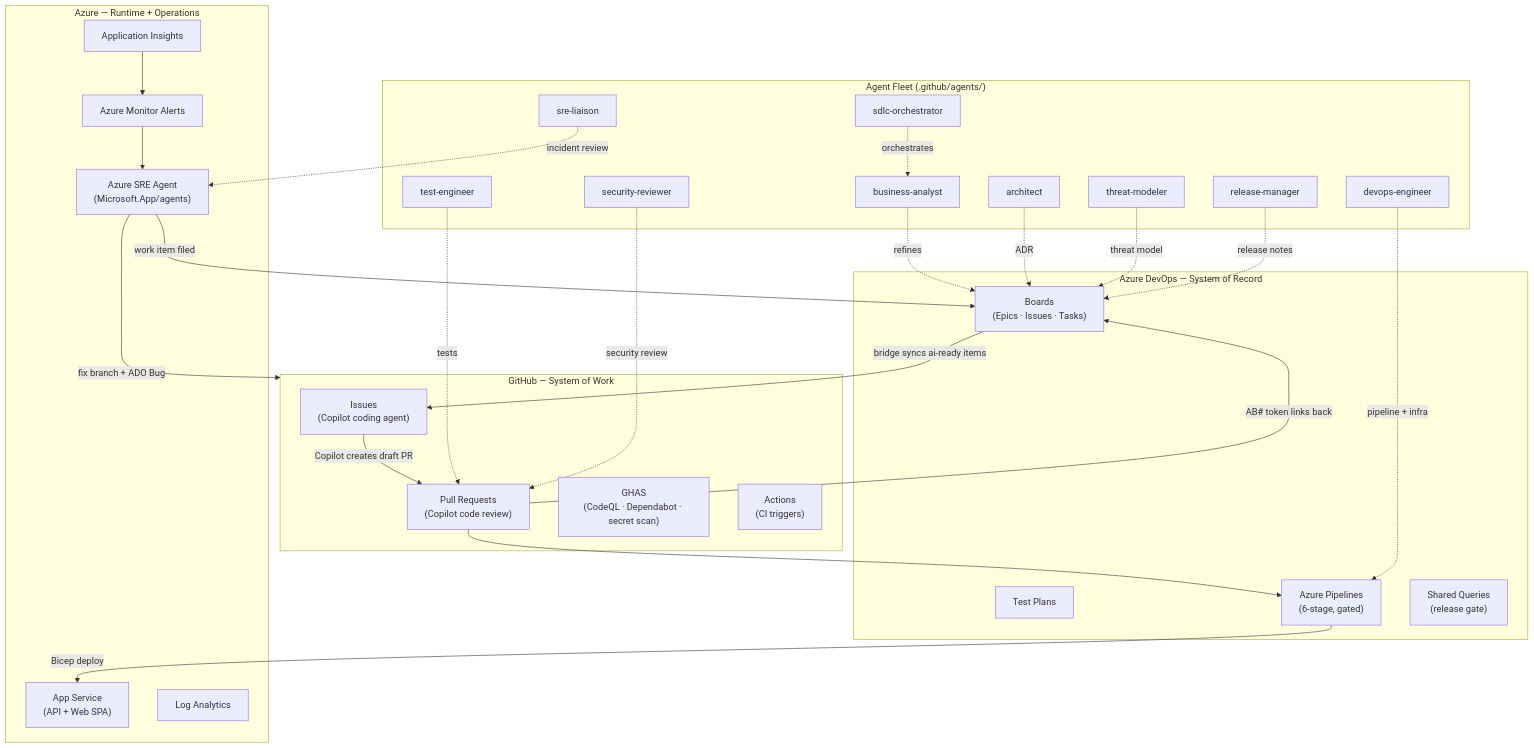
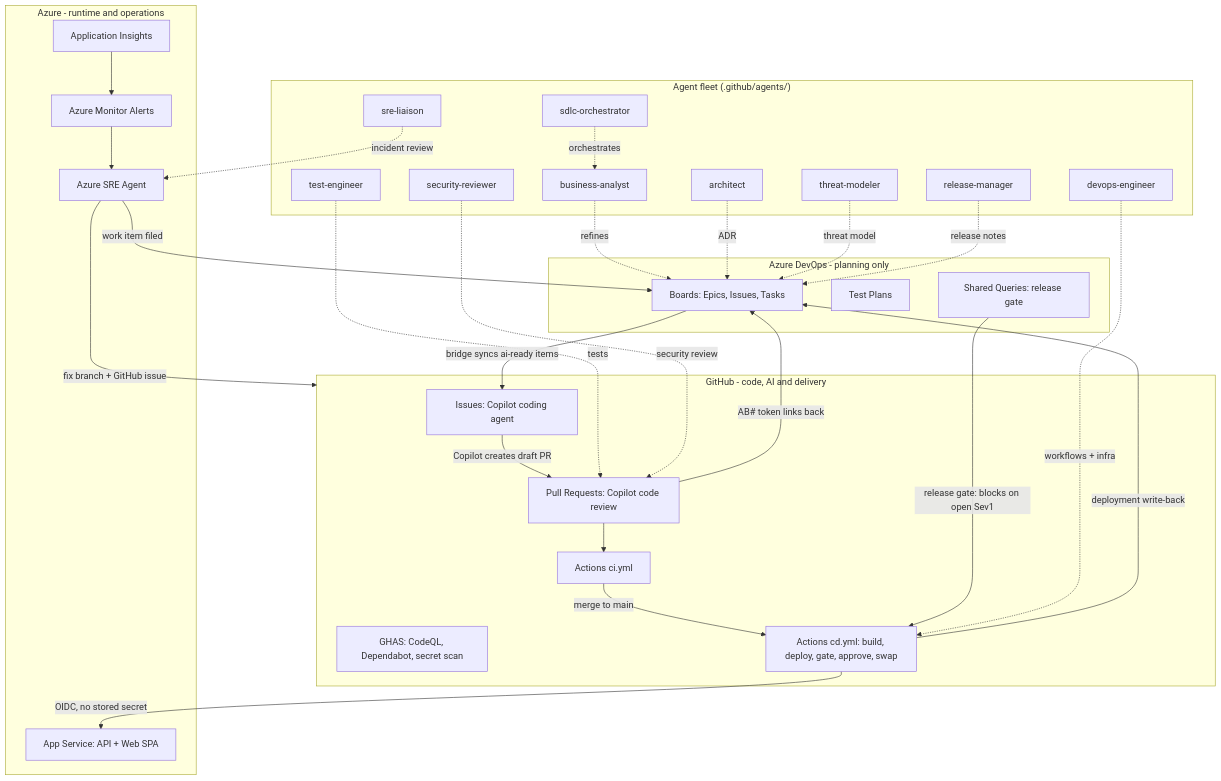
The diagram in README.md (melrasheed/contoso-claims-agentic-sdlc), drawn with Mermaid before and after one commit. The commit also changed other lines of this file and 50 other files, not shown here.

First line of the commit message:
Move all CI/CD to GitHub Actions; Azure DevOps becomes planning-only

````diff
--- a/README.md
+++ b/README.md
@@ -11,56 +13,58 @@
 ```mermaid
 flowchart TB
-    subgraph ADO ["Azure DevOps — System of Record"]
-        Boards["Boards\n(Epics · Issues · Tasks)"]
+    subgraph ADO ["Azure DevOps - planning only"]
+        Boards["Boards: Epics, Issues, Tasks"]
         TestPlans["Test Plans"]
-        Pipelines["Azure Pipelines\n(6-stage, gated)"]
-        Queries["Shared Queries\n(release gate)"]
+        Queries["Shared Queries: release gate"]
     end
 
-    subgraph GH ["GitHub — System of Work"]
-        Issues["Issues\n(Copilot coding agent)"]
-        PRs["Pull Requests\n(Copilot code review)"]
-        GHAS["GHAS\n(CodeQL · Dependabot · secret scan)"]
-        Actions["Actions\n(CI triggers)"]
+    subgraph GH ["GitHub - code, AI and delivery"]
+        Issues["Issues: Copilot coding agent"]
+        PRs["Pull Requests: Copilot code review"]
+        GHAS["GHAS: CodeQL, Dependabot, secret scan"]
+        CI["Actions ci.yml"]
+        CD["Actions cd.yml: build, deploy, gate, approve, swap"]
     end
 
-    subgraph AZ ["Azure — Runtime + Operations"]
-        AppSvc["App Service\n(API + Web SPA)"]
+    subgraph AZ ["Azure - runtime and operations"]
+        AppSvc["App Service: API + Web SPA"]
         AppInsights["Application Insights"]
-        LogAnalytics["Log Analytics"]
         Alerts["Azure Monitor Alerts"]
-        SRE["Azure SRE Agent\n(Microsoft.App/agents)"]
+        SRE["Azure SRE Agent"]
     end
 
-    subgraph Agents ["Agent Fleet (.github/agents/)"]
+    subgraph Agents ["Agent fleet (.github/agents/)"]
         Orch["sdlc-orchestrator"]
         BA["business-analyst"]
         Arch["architect"]
         TM["threat-modeler"]
         TE["test-engineer"]
         SR["security-reviewer"]
         DE["devops-engineer"]
         RM["release-manager"]
         SL["sre-liaison"]
     end
 
     Boards -- "bridge syncs ai-ready items" --> Issues
     Issues -- "Copilot creates draft PR" --> PRs
     PRs -- "AB# token links back" --> Boards
-    PRs --> Pipelines
-    Pipelines -- "Bicep deploy" --> AppSvc
+    PRs --> CI
+    CI -- "merge to main" --> CD
+    Queries -- "release gate: blocks on open Sev1" --> CD
+    CD -- "OIDC, no stored secret" --> AppSvc
+    CD -- "deployment write-back" --> Boards
     AppInsights --> Alerts
     Alerts --> SRE
-    SRE -- "fix branch + ADO Bug" --> GH
+    SRE -- "fix branch + GitHub issue" --> GH
     SRE -- "work item filed" --> Boards
 
     Orch -.->|orchestrates| BA
     BA -.->|refines| Boards
     Arch -.->|ADR| Boards
     TM -.->|threat model| Boards
     TE -.->|tests| PRs
     SR -.->|security review| PRs
-    DE -.->|pipeline + infra| Pipelines
+    DE -.->|workflows + infra| CD
     RM -.->|release notes| Boards
     SL -.->|incident review| SRE
 ```
````
